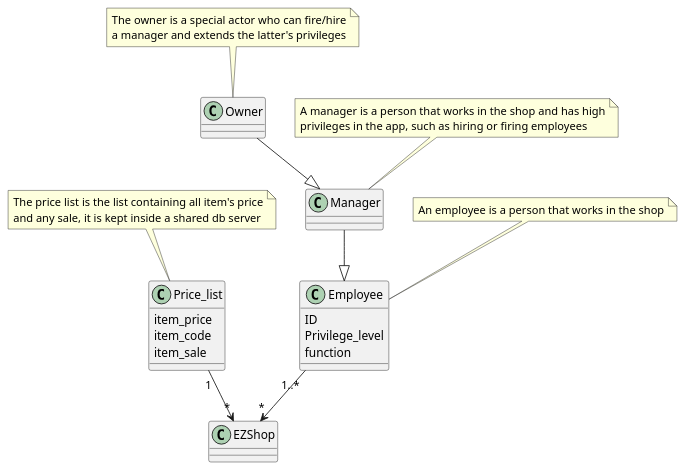
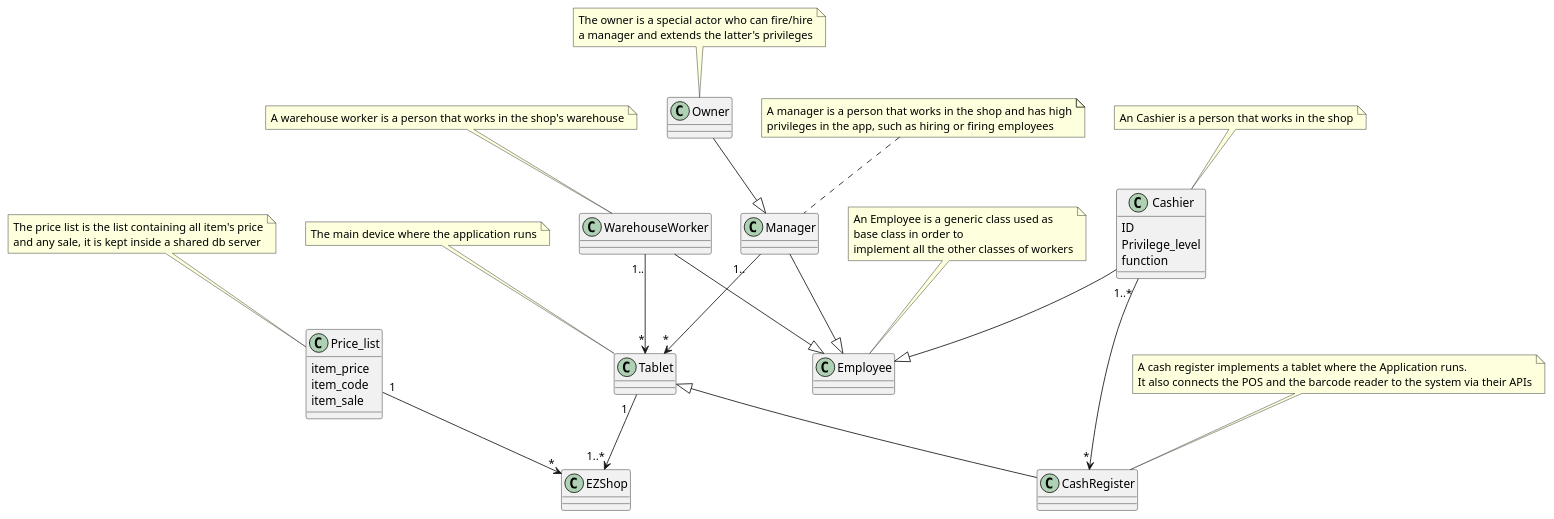
One commit to mkexc/ezshop changed the third of 5 diagrams in Deliverables/RequirementsDocument.md. Above: the diagram before and after it, drawn with PlantUML. The commit also changed other lines of this file, not shown here.

````diff
--- a/Deliverables/RequirementsDocument.md
+++ b/Deliverables/RequirementsDocument.md
@@ -476,7 +475,7 @@
 ```plantuml
 @startuml
-
-class Employee{
+top to bottom direction
+class Cashier{
     ID
     Privilege_level
     function
@@ -489,15 +488,45 @@
 class Owner{}
 class Manager{}
 class EZShop{}
+class WarehouseWorker{}
+class Tablet{}
+class CashRegister{}
+class Employee{}
 
-Manager --|> Employee
+Cashier --|>Employee
+Manager --|>Employee
+WarehouseWorker --|>Employee
 Owner --|> Manager
 
-Employee "1..*"-->"*" EZShop
+Cashier "1..* "-->"*" CashRegister
 Price_list "1" -->"*" EZShop
+WarehouseWorker "1.."--> "*" Tablet
+Tablet "1  "-->"1..*" EZShop
+Tablet <|-- CashRegister
+Manager "1..   "-->"*" Tablet
+
+
+note as CashRegisterDescription
+    A cash register implements a tablet where the Application runs.
+    It also connects the POS and the barcode reader to the system via their APIs
+end note
 
 note as EmployeeDescription
-    An employee is a person that works in the shop
+    An Employee is a generic class used as 
+    base class in order to
+    implement all the other classes of workers
+end note
+
+note as WarehouseWorkerDescription
+    A warehouse worker is a person that works in the shop's warehouse
+end note
+
+note as TabletDescription
+    The main device where the application runs
+end note
+
+note as CashierDescription
+    An Cashier is a person that works in the shop
 end note
 
 note as ManagerDescription
@@ -515,10 +544,14 @@
     and any sale, it is kept inside a shared db server
 end note
 
-EmployeeDescription ..> Employee
+CashierDescription ..> Cashier
 ManagerDescription ..> Manager
 OwnerDescription ..> Owner
 PriceListDescription ..> Price_list
+CashRegisterDescription ..> CashRegister
+WarehouseWorkerDescription ..> WarehouseWorker
+TabletDescription ..> Tablet
+EmployeeDescription ..>Employee
 
 @enduml
 ```
````
